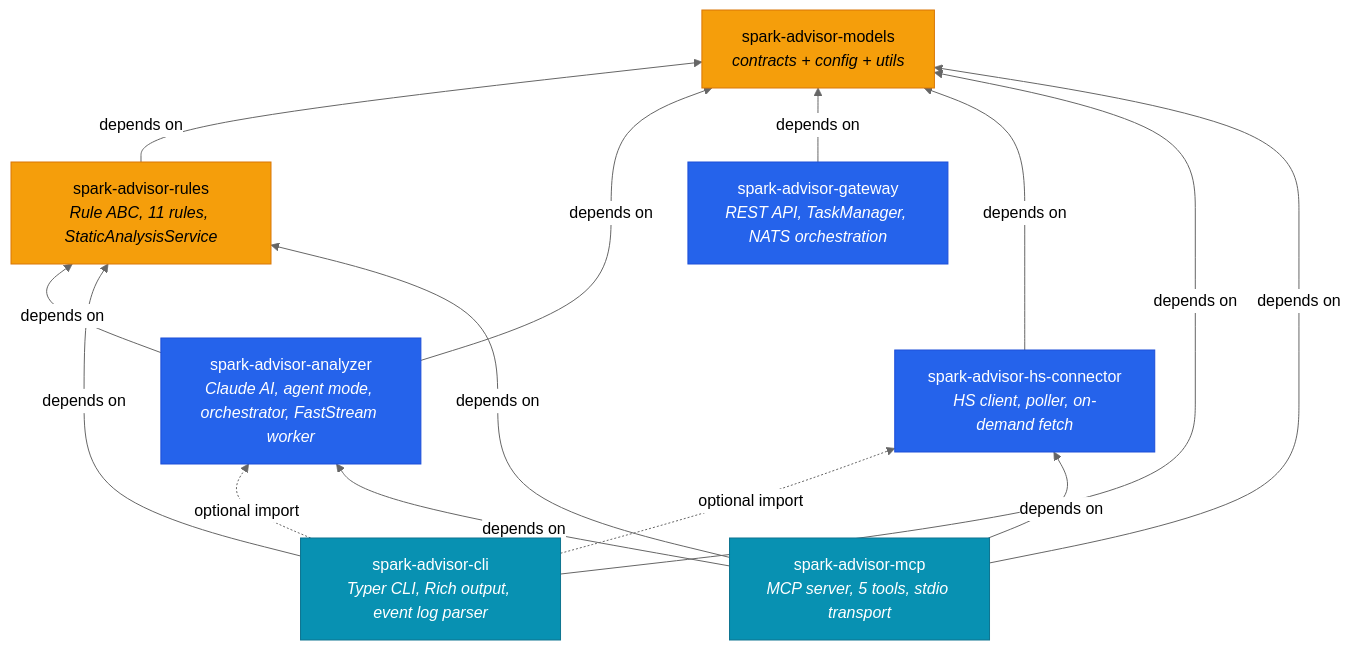
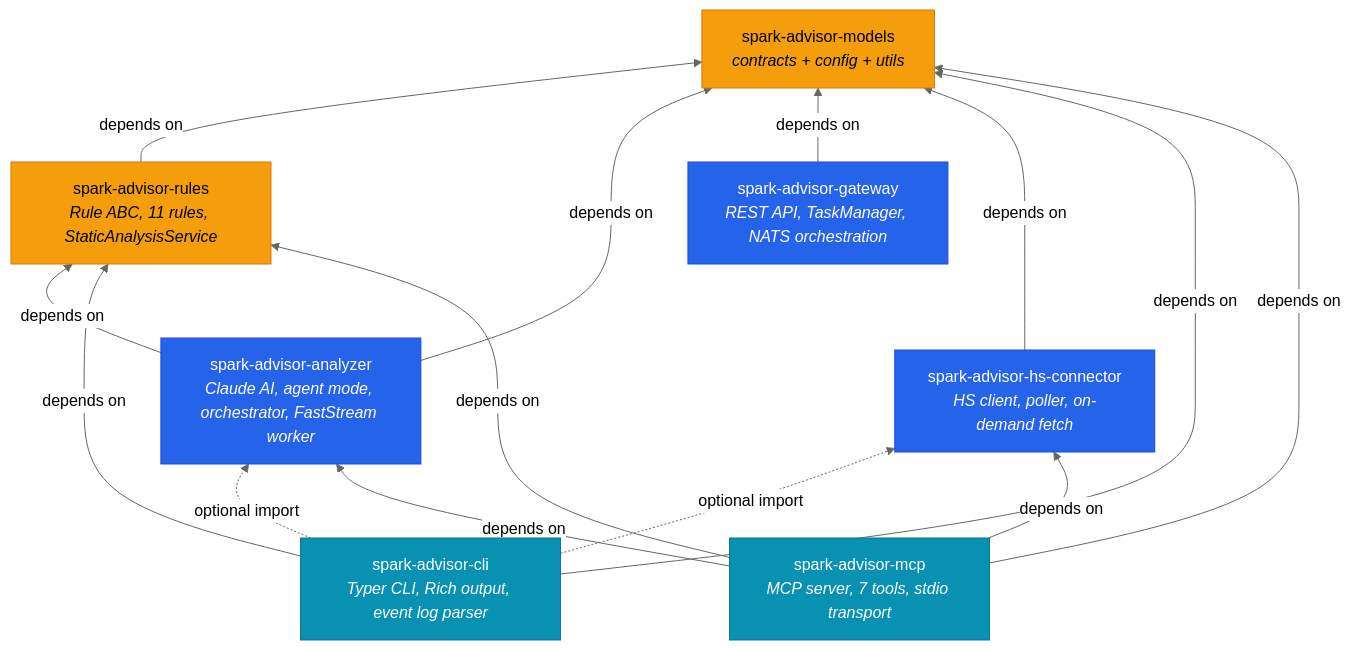
The diagram in docs/diagrams/02-package-dependencies.mmd (pstysz/spark-advisor), drawn with Mermaid (neutral theme) before and after one commit. The commit also changed 89 other files, not shown here.

```diff
--- a/docs/diagrams/02-package-dependencies.mmd
+++ b/docs/diagrams/02-package-dependencies.mmd
@@ -1,29 +1,29 @@
 graph BT
     MODELS["spark-advisor-models<br/><i>contracts + config + utils</i>"]
     RULES["spark-advisor-rules<br/><i>Rule ABC, 11 rules, StaticAnalysisService</i>"]
     ANALYZER["spark-advisor-analyzer<br/><i>Claude AI, agent mode, orchestrator, FastStream worker</i>"]
     GATEWAY["spark-advisor-gateway<br/><i>REST API, TaskManager, NATS orchestration</i>"]
     CONNECTOR["spark-advisor-hs-connector<br/><i>HS client, poller, on-demand fetch</i>"]
     CLI["spark-advisor-cli<br/><i>Typer CLI, Rich output, event log parser</i>"]
-    MCP["spark-advisor-mcp<br/><i>MCP server, 5 tools, stdio transport</i>"]
+    MCP["spark-advisor-mcp<br/><i>MCP server, 7 tools, stdio transport</i>"]
 
     RULES -->|"depends on"| MODELS
     ANALYZER -->|"depends on"| MODELS
     ANALYZER -->|"depends on"| RULES
     GATEWAY -->|"depends on"| MODELS
     CONNECTOR -->|"depends on"| MODELS
     CLI -->|"depends on"| MODELS
     CLI -->|"depends on"| RULES
     CLI -.->|"optional import"| ANALYZER
     CLI -.->|"optional import"| CONNECTOR
     MCP -->|"depends on"| MODELS
     MCP -->|"depends on"| RULES
     MCP -->|"depends on"| ANALYZER
     MCP -->|"depends on"| CONNECTOR
 
     classDef libStyle fill:#f59e0b,stroke:#d97706,color:#000
     classDef svcStyle fill:#2563eb,stroke:#1d4ed8,color:#fff
     classDef cliStyle fill:#0891b2,stroke:#0e7490,color:#fff
     class MODELS,RULES libStyle
     class ANALYZER,GATEWAY,CONNECTOR svcStyle
     class CLI,MCP cliStyle
```
